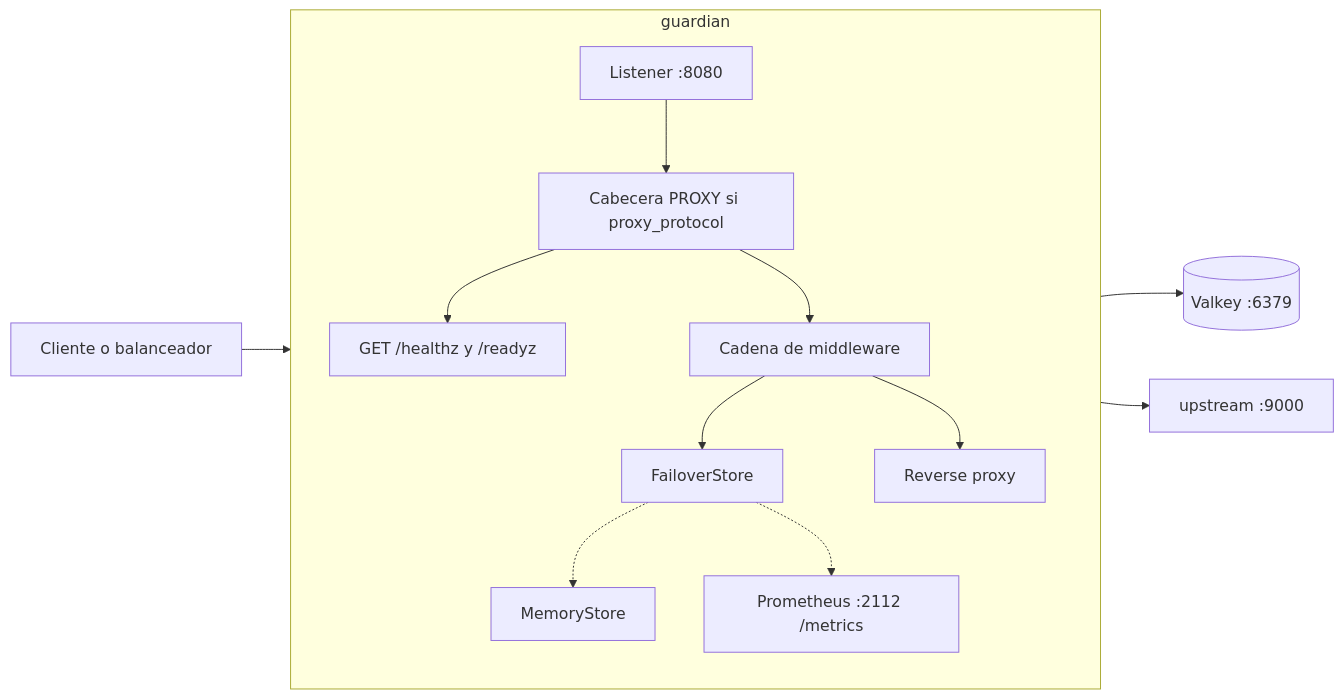
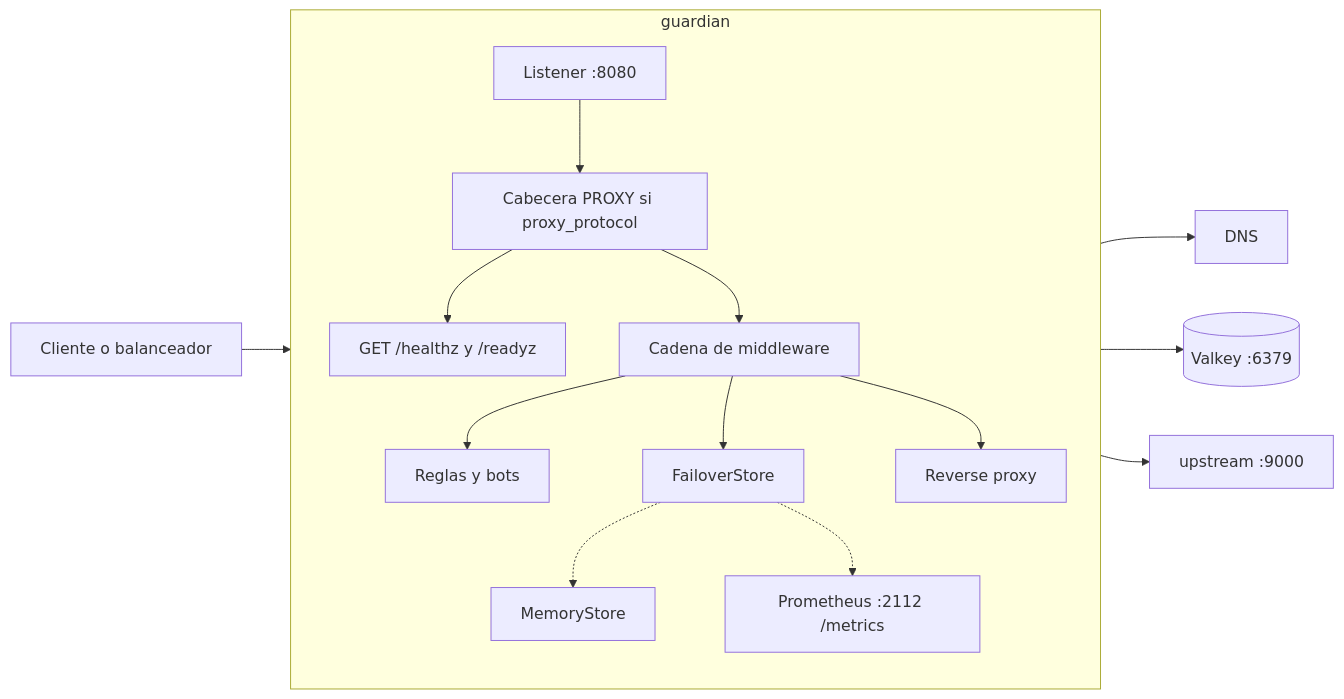
Before and after one commit to fharias/guardian-scrapy: the first of 7 diagrams in README.md, drawn with Mermaid. The commit also changed other lines of this file, not shown here.

````diff
--- a/README.md
+++ b/README.md
@@ -13,30 +13,34 @@
 ```mermaid
 flowchart LR
   cliente[Cliente o balanceador]
 
   subgraph proxy [guardian]
     direction TB
     listener["Listener :8080"]
     pp["Cabecera PROXY si proxy_protocol"]
     salud["GET /healthz y /readyz"]
     cadena[Cadena de middleware]
+    reglas[Reglas y bots]
     reverso["Reverse proxy"]
     failover[FailoverStore]
     memoria[MemoryStore]
     metricas["Prometheus :2112 /metrics"]
   end
 
   valkey[("Valkey :6379")]
+  dns[DNS]
   origen["upstream :9000"]
 
   cliente --> listener
   listener --> pp
   pp --> salud
   pp --> cadena
+  cadena --> reglas
+  reglas --> dns
   cadena --> failover
   cadena --> reverso
   failover --> valkey
   failover -.-> memoria
   failover -.-> metricas
   reverso --> origen
 ```
````
